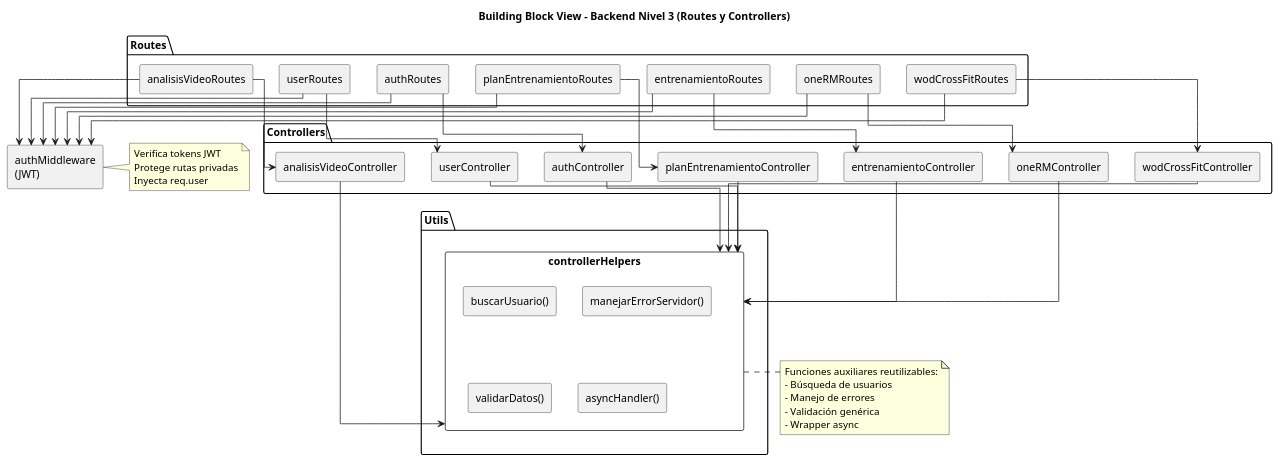
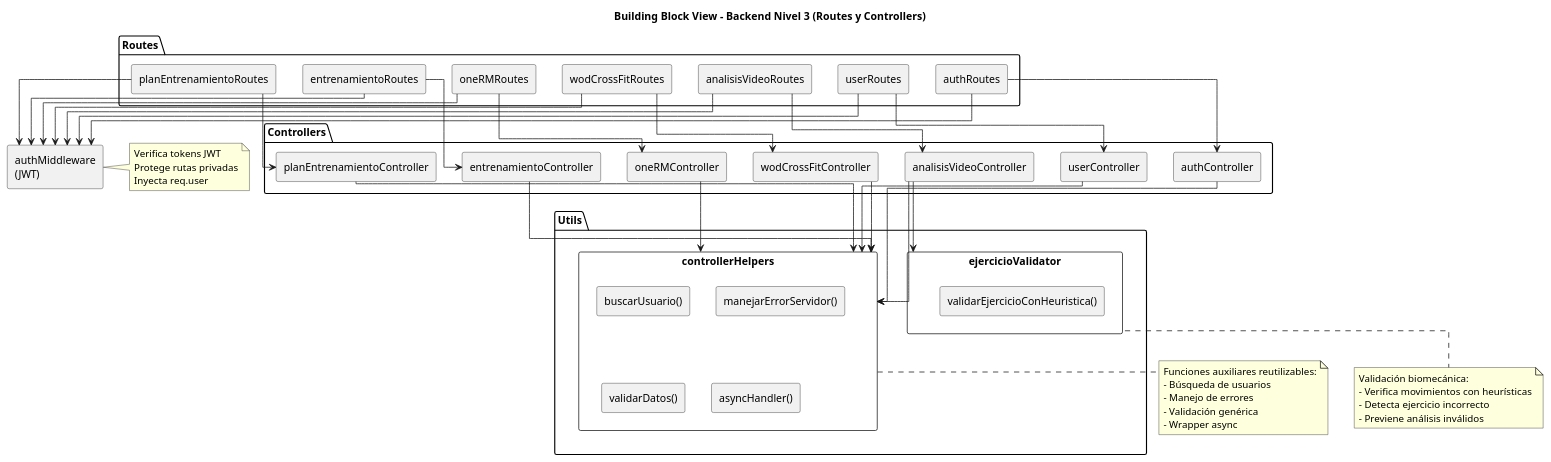
The diagram in docs/diagrama-backend-routes-controllers.puml (enolRodriguezHevia/tfg-wodbuster-ai), drawn with PlantUML before and after one commit. The commit also changed 43 other files, not shown here.

```diff
--- a/docs/diagrama-backend-routes-controllers.puml
+++ b/docs/diagrama-backend-routes-controllers.puml
@@ -1,79 +1,90 @@
 @startuml Backend - Routes y Controllers
 
 skinparam shadowing false
 skinparam linetype ortho
 skinparam componentStyle rectangle
 
 title Building Block View - Backend Nivel 3 (Routes y Controllers)
 
 package "Routes" {
     [authRoutes]
     [userRoutes]
     [analisisVideoRoutes]
     [entrenamientoRoutes]
     [oneRMRoutes]
     [wodCrossFitRoutes]
     [planEntrenamientoRoutes]
 }
 
 component [authMiddleware\n(JWT)] as Auth
 
 package "Controllers" {
     [authController]
     [userController]
     [analisisVideoController]
     [entrenamientoController]
     [oneRMController]
     [wodCrossFitController]
     [planEntrenamientoController]
 }
 
 package "Utils" {
     component [controllerHelpers] {
         [buscarUsuario()]
         [manejarErrorServidor()]
         [validarDatos()]
         [asyncHandler()]
     }
+    component [ejercicioValidator] {
+        [validarEjercicioConHeuristica()]
+    }
 }
 
 ' Relaciones
 authRoutes --> Auth
 userRoutes --> Auth
 analisisVideoRoutes --> Auth
 entrenamientoRoutes --> Auth
 oneRMRoutes --> Auth
 wodCrossFitRoutes --> Auth
 planEntrenamientoRoutes --> Auth
 
 authRoutes --> authController
 userRoutes --> userController
 analisisVideoRoutes --> analisisVideoController
 entrenamientoRoutes --> entrenamientoController
 oneRMRoutes --> oneRMController
 wodCrossFitRoutes --> wodCrossFitController
 planEntrenamientoRoutes --> planEntrenamientoController
 
 authController --> controllerHelpers
 userController --> controllerHelpers
 analisisVideoController --> controllerHelpers
+analisisVideoController --> ejercicioValidator
 entrenamientoController --> controllerHelpers
 oneRMController --> controllerHelpers
 wodCrossFitController --> controllerHelpers
 planEntrenamientoController --> controllerHelpers
 
 note right of Auth
   Verifica tokens JWT
   Protege rutas privadas
   Inyecta req.user
 end note
 
 note bottom of controllerHelpers
   Funciones auxiliares reutilizables:
   - Búsqueda de usuarios
   - Manejo de errores
   - Validación genérica
   - Wrapper async
 end note
 
+note bottom of ejercicioValidator
+  Validación biomecánica:
+  - Verifica movimientos con heurísticas
+  - Detecta ejercicio incorrecto
+  - Previene análisis inválidos
+end note
+
 @enduml
```
